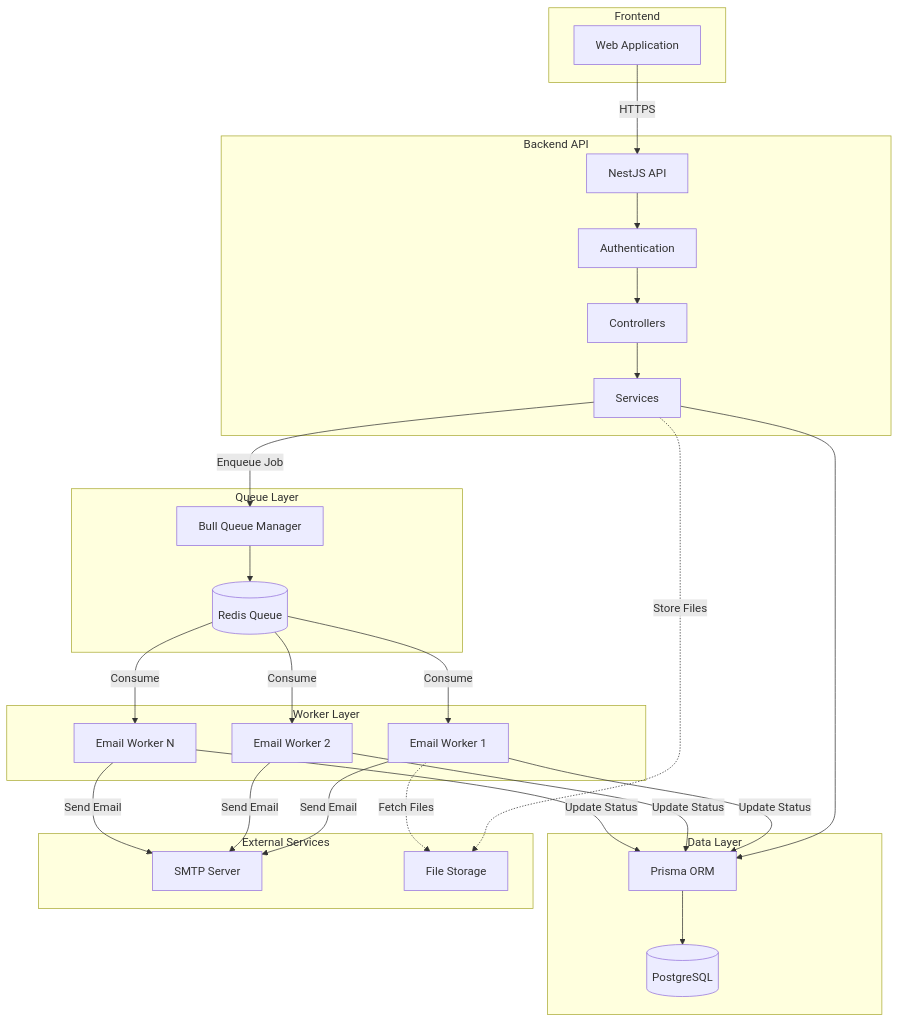
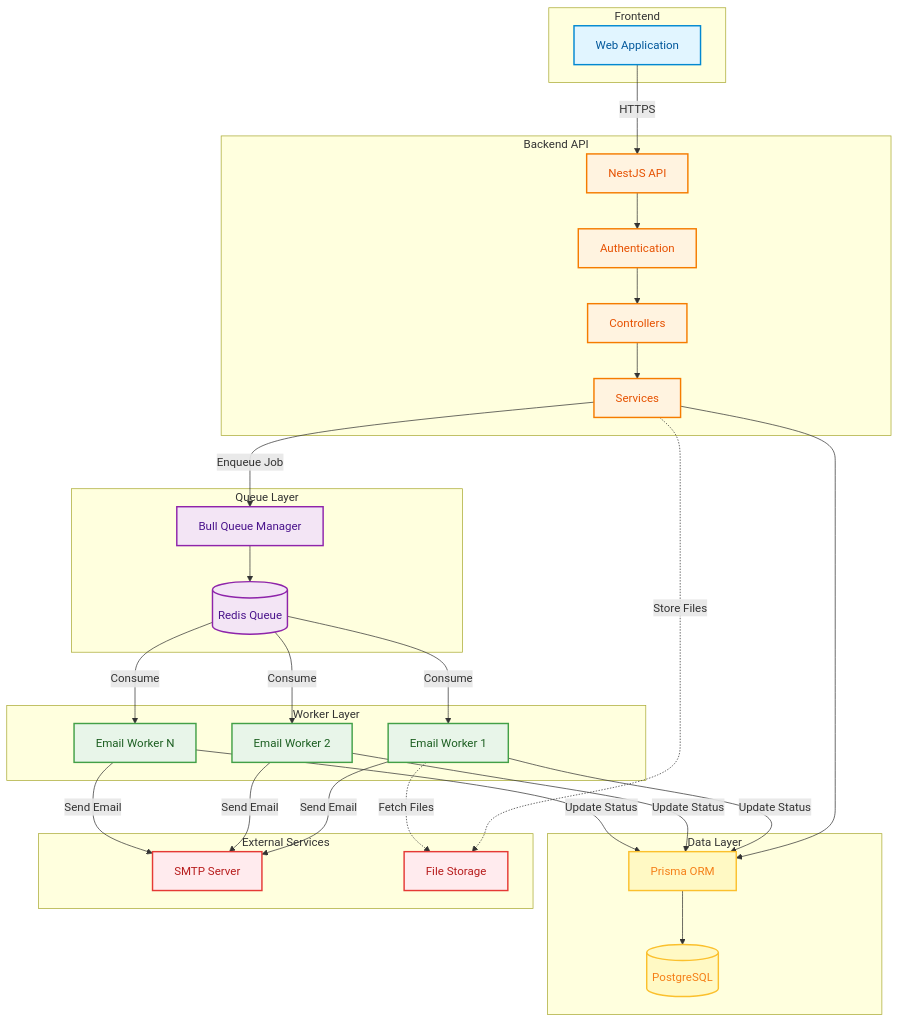
Before and after one commit to diogenesmendes01/email-gateway: the first of 3 diagrams in docs/architecture/01-visao-geral-sistema.md, drawn with Mermaid. The commit also changed 1 other file, not shown here.

First paragraph of the commit message:
docs: implement TASK-01 documentation improvements
Melhorias implementadas:

````diff
--- a/docs/architecture/01-visao-geral-sistema.md
+++ b/docs/architecture/01-visao-geral-sistema.md
@@ -43,54 +43,69 @@
 ```mermaid
 graph TB
     subgraph "Frontend"
         WEB[Web Application]
     end
 
     subgraph "Backend API"
         API[NestJS API]
         AUTH[Authentication]
         CTRL[Controllers]
         SVC[Services]
     end
 
     subgraph "Queue Layer"
         REDIS[(Redis Queue)]
         BULL[Bull Queue Manager]
     end
 
     subgraph "Worker Layer"
         WORKER1[Email Worker 1]
         WORKER2[Email Worker 2]
         WORKER3[Email Worker N]
     end
 
     subgraph "Data Layer"
         PG[(PostgreSQL)]
         PRISMA[Prisma ORM]
     end
 
     subgraph "External Services"
         SMTP[SMTP Server]
         STORAGE[File Storage]
     end
 
     WEB -->|HTTPS| API
     API --> AUTH
     AUTH --> CTRL
     CTRL --> SVC
     SVC --> PRISMA
     PRISMA --> PG
     SVC -->|Enqueue Job| BULL
     BULL --> REDIS
     REDIS -->|Consume| WORKER1
     REDIS -->|Consume| WORKER2
     REDIS -->|Consume| WORKER3
     WORKER1 -->|Send Email| SMTP
     WORKER2 -->|Send Email| SMTP
     WORKER3 -->|Send Email| SMTP
     WORKER1 -->|Update Status| PRISMA
     WORKER2 -->|Update Status| PRISMA
     WORKER3 -->|Update Status| PRISMA
     SVC -.->|Store Files| STORAGE
     WORKER1 -.->|Fetch Files| STORAGE
+
+    %% Estilos coloridos por camada (TASK-01)
+    classDef frontendStyle fill:#e1f5ff,stroke:#0288d1,stroke-width:2px,color:#01579b
+    classDef apiStyle fill:#fff3e0,stroke:#f57c00,stroke-width:2px,color:#e65100
+    classDef queueStyle fill:#f3e5f5,stroke:#8e24aa,stroke-width:2px,color:#4a148c
+    classDef workerStyle fill:#e8f5e9,stroke:#43a047,stroke-width:2px,color:#1b5e20
+    classDef dataStyle fill:#fff9c4,stroke:#fbc02d,stroke-width:2px,color:#f57f17
+    classDef externalStyle fill:#ffebee,stroke:#e53935,stroke-width:2px,color:#b71c1c
+
+    class WEB frontendStyle
+    class API,AUTH,CTRL,SVC apiStyle
+    class REDIS,BULL queueStyle
+    class WORKER1,WORKER2,WORKER3 workerStyle
+    class PG,PRISMA dataStyle
+    class SMTP,STORAGE externalStyle
 ```
````
